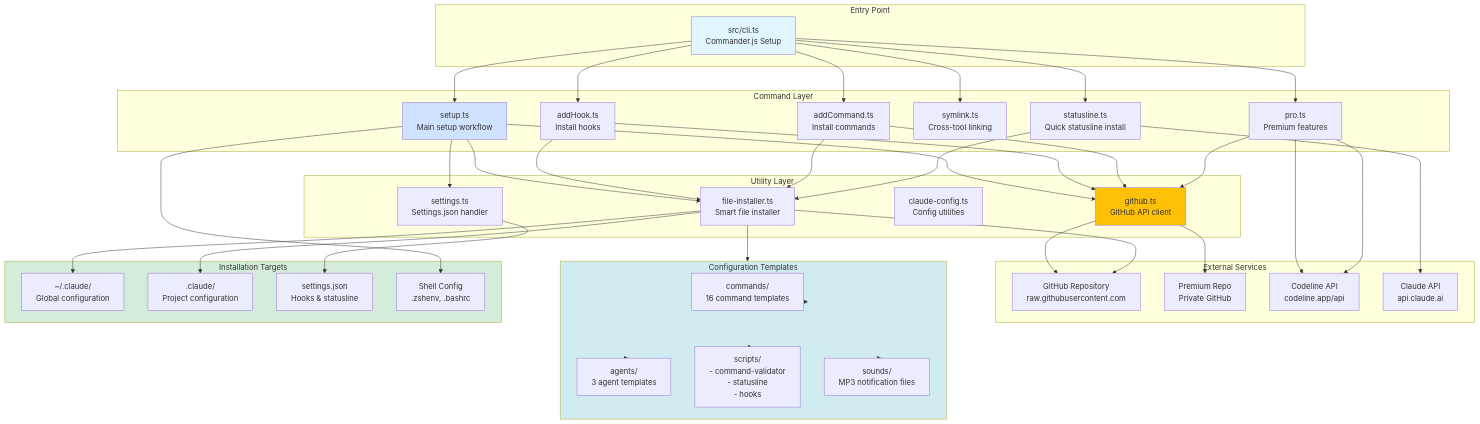
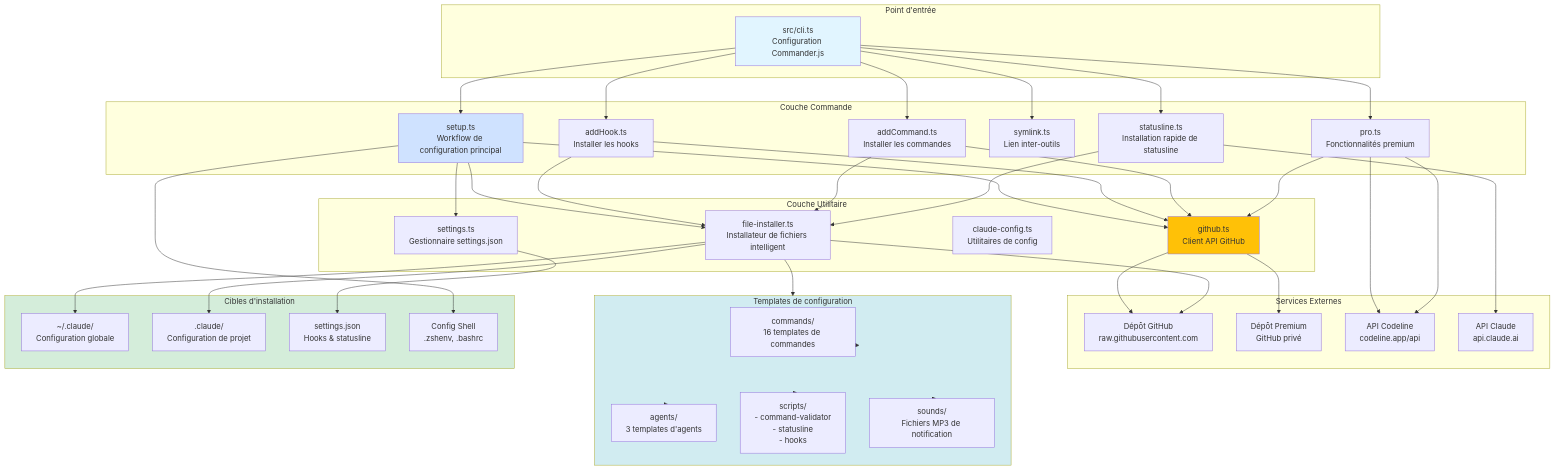
One commit to TCHINDAJOEL/aiblueprint_test changed the diagram in schema/08-cli-architecture.md. Above: the diagram before and after it, drawn with Mermaid. The commit also changed other lines of this file and 10 other files, not shown here.

First line of the commit message:
docs: traduire tous les diagrammes de workflow en français

````diff
--- a/schema/08-cli-architecture.md
+++ b/schema/08-cli-architecture.md
@@ -5,44 +5,44 @@
 ```mermaid
 flowchart TB
-    subgraph Entry["Entry Point"]
-        CLI[src/cli.ts<br/>Commander.js Setup]
+    subgraph Entry["Point d'entrée"]
+        CLI[src/cli.ts<br/>Configuration Commander.js]
     end
 
-    subgraph Commands["Command Layer"]
-        Setup[setup.ts<br/>Main setup workflow]
-        AddHook[addHook.ts<br/>Install hooks]
-        AddCmd[addCommand.ts<br/>Install commands]
-        Symlink[symlink.ts<br/>Cross-tool linking]
-        Pro[pro.ts<br/>Premium features]
-        Status[statusline.ts<br/>Quick statusline install]
+    subgraph Commands["Couche Commande"]
+        Setup[setup.ts<br/>Workflow de configuration principal]
+        AddHook[addHook.ts<br/>Installer les hooks]
+        AddCmd[addCommand.ts<br/>Installer les commandes]
+        Symlink[symlink.ts<br/>Lien inter-outils]
+        Pro[pro.ts<br/>Fonctionnalités premium]
+        Status[statusline.ts<br/>Installation rapide de statusline]
     end
 
-    subgraph Utils["Utility Layer"]
-        GitHub[github.ts<br/>GitHub API client]
-        FileInst[file-installer.ts<br/>Smart file installer]
-        Config[claude-config.ts<br/>Config utilities]
-        SettingsUtil[settings.ts<br/>Settings.json handler]
+    subgraph Utils["Couche Utilitaire"]
+        GitHub[github.ts<br/>Client API GitHub]
+        FileInst[file-installer.ts<br/>Installateur de fichiers intelligent]
+        Config[claude-config.ts<br/>Utilitaires de config]
+        SettingsUtil[settings.ts<br/>Gestionnaire settings.json]
     end
 
-    subgraph External["External Services"]
-        GHRepo[GitHub Repository<br/>raw.githubusercontent.com]
-        PremiumRepo[Premium Repo<br/>Private GitHub]
-        CodelineAPI[Codeline API<br/>codeline.app/api]
-        ClaudeAPI[Claude API<br/>api.claude.ai]
+    subgraph External["Services Externes"]
+        GHRepo[Dépôt GitHub<br/>raw.githubusercontent.com]
+        PremiumRepo[Dépôt Premium<br/>GitHub privé]
+        CodelineAPI[API Codeline<br/>codeline.app/api]
+        ClaudeAPI[API Claude<br/>api.claude.ai]
     end
 
-    subgraph Templates["Configuration Templates"]
-        CmdTemplates[commands/<br/>16 command templates]
-        AgentTemplates[agents/<br/>3 agent templates]
+    subgraph Templates["Templates de configuration"]
+        CmdTemplates[commands/<br/>16 templates de commandes]
+        AgentTemplates[agents/<br/>3 templates d'agents]
         Scripts[scripts/<br/>- command-validator<br/>- statusline<br/>- hooks]
-        Sounds[sounds/<br/>MP3 notification files]
+        Sounds[sounds/<br/>Fichiers MP3 de notification]
     end
 
-    subgraph Target["Installation Targets"]
-        GlobalClaude[~/.claude/<br/>Global configuration]
-        ProjectClaude[.claude/<br/>Project configuration]
+    subgraph Target["Cibles d'installation"]
+        GlobalClaude[~/.claude/<br/>Configuration globale]
+        ProjectClaude[.claude/<br/>Configuration de projet]
         Settings[settings.json<br/>Hooks & statusline]
-        Shell[Shell Config<br/>.zshenv, .bashrc]
+        Shell[Config Shell<br/>.zshenv, .bashrc]
     end
 
     CLI --> Setup
````
